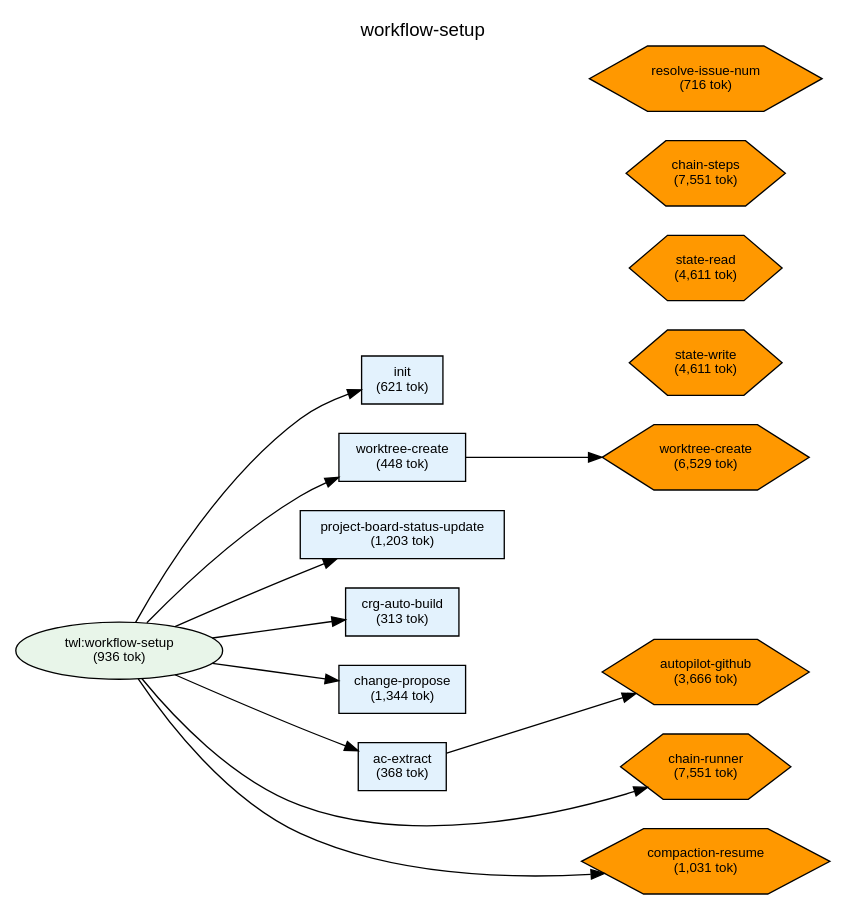
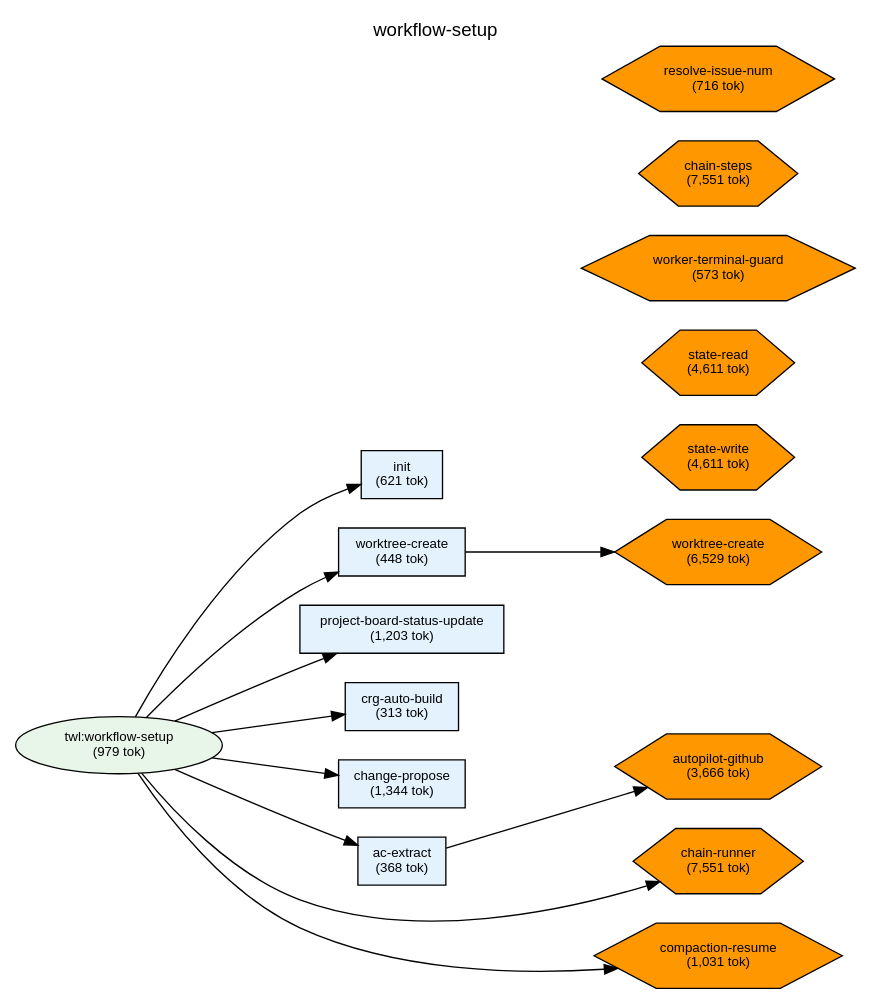
One commit to shuu5/twill changed the diagram in plugins/twl/docs/deps-workflow-setup.dot. Above: the diagram before and after it, drawn with Graphviz. The commit also changed 19 other files, not shown here.

First line of the commit message:
refactor(plugins-twl): Warning コンポーネント worker-prompt-reviewer 実 spawn レビューと構造的リファクタリング (#106)

```diff
--- a/plugins/twl/docs/deps-workflow-setup.dot
+++ b/plugins/twl/docs/deps-workflow-setup.dot
@@ -1,78 +1,79 @@
 digraph Dependencies {
     // Graph settings
     rankdir=LR;
     ranksep=0.8;
     nodesep=0.3;
     fontname="Helvetica";
     node [fontname="Helvetica", fontsize=10];
     edge [fontname="Helvetica", fontsize=9];
     label="workflow-setup";
     labelloc=t;
     fontsize=14;
 
     // L0: Controller Skills
 
     // L0: Launchers
 
     // L0.5: Workflow Skills
-    skill_workflow_setup [label="twl:workflow-setup\n(936 tok)", shape=ellipse, style=filled, fillcolor="#e8f5e9"];
+    skill_workflow_setup [label="twl:workflow-setup\n(979 tok)", shape=ellipse, style=filled, fillcolor="#e8f5e9"];
 
     // Reference Skills
 
     // L1: Direct Commands
     cmd_init [label="init\n(621 tok)", shape=box, style=filled, fillcolor="#e3f2fd"];
     cmd_worktree_create [label="worktree-create\n(448 tok)", shape=box, style=filled, fillcolor="#e3f2fd"];
     cmd_project_board_status_update [label="project-board-status-update\n(1,203 tok)", shape=box, style=filled, fillcolor="#e3f2fd"];
     cmd_crg_auto_build [label="crg-auto-build\n(313 tok)", shape=box, style=filled, fillcolor="#e3f2fd"];
     cmd_change_propose [label="change-propose\n(1,344 tok)", shape=box, style=filled, fillcolor="#e3f2fd"];
     cmd_ac_extract [label="ac-extract\n(368 tok)", shape=box, style=filled, fillcolor="#e3f2fd"];
 
     // L2: Sub Commands
 
     // L3: Agents
 
     // L3.5: Scripts
     script_state_read [label="state-read\n(4,611 tok)", shape=hexagon, style=filled, fillcolor="#FF9800"];
     script_state_write [label="state-write\n(4,611 tok)", shape=hexagon, style=filled, fillcolor="#FF9800"];
     script_chain_runner [label="chain-runner\n(7,551 tok)", shape=hexagon, style=filled, fillcolor="#FF9800"];
+    script_worker_terminal_guard [label="worker-terminal-guard\n(573 tok)", shape=hexagon, style=filled, fillcolor="#FF9800"];
     script_worktree_create [label="worktree-create\n(6,529 tok)", shape=hexagon, style=filled, fillcolor="#FF9800"];
     script_autopilot_github [label="autopilot-github\n(3,666 tok)", shape=hexagon, style=filled, fillcolor="#FF9800"];
     script_chain_steps [label="chain-steps\n(7,551 tok)", shape=hexagon, style=filled, fillcolor="#FF9800"];
     script_compaction_resume [label="compaction-resume\n(1,031 tok)", shape=hexagon, style=filled, fillcolor="#FF9800"];
     script_resolve_issue_num [label="resolve-issue-num\n(716 tok)", shape=hexagon, style=filled, fillcolor="#FF9800"];
 
     // L4: External
 
     // Layer constraints
     { rank=same; skill_workflow_setup; }
     { rank=same; cmd_init; cmd_worktree_create; cmd_project_board_status_update; cmd_crg_auto_build; cmd_change_propose; cmd_ac_extract; }
-    { rank=same; script_state_read; script_state_write; script_chain_runner; script_worktree_create; script_autopilot_github; script_chain_steps; script_compaction_resume; script_resolve_issue_num; }
+    { rank=same; script_state_read; script_state_write; script_chain_runner; script_worker_terminal_guard; script_worktree_create; script_autopilot_github; script_chain_steps; script_compaction_resume; script_resolve_issue_num; }
 
     // Edges
     skill_workflow_setup -> cmd_init;
     skill_workflow_setup -> cmd_worktree_create;
     skill_workflow_setup -> cmd_project_board_status_update;
     skill_workflow_setup -> cmd_crg_auto_build;
     skill_workflow_setup -> cmd_change_propose;
     skill_workflow_setup -> cmd_ac_extract;
     skill_workflow_setup -> script_chain_runner;
     skill_workflow_setup -> script_compaction_resume;
     cmd_worktree_create -> script_worktree_create;
     cmd_ac_extract -> script_autopilot_github;
 
     // Ordering constraints (invisible edges)
     cmd_init -> cmd_worktree_create [style=invis, weight=10];
     cmd_worktree_create -> cmd_project_board_status_update [style=invis, weight=10];
     cmd_project_board_status_update -> cmd_crg_auto_build [style=invis, weight=10];
     cmd_crg_auto_build -> cmd_change_propose [style=invis, weight=10];
     cmd_change_propose -> cmd_ac_extract [style=invis, weight=10];
     cmd_ac_extract -> script_chain_runner [style=invis, weight=10];
     script_chain_runner -> script_compaction_resume [style=invis, weight=10];
     script_chain_runner -> script_compaction_resume [style=invis, weight=10];
     script_chain_runner -> script_compaction_resume [style=invis, weight=10];
     script_chain_runner -> script_compaction_resume [style=invis, weight=10];
     script_state_read -> script_state_write [style=invis, weight=10];
     script_state_read -> script_state_write [style=invis, weight=10];
     script_state_read -> script_state_write [style=invis, weight=10];
 
 }
```
